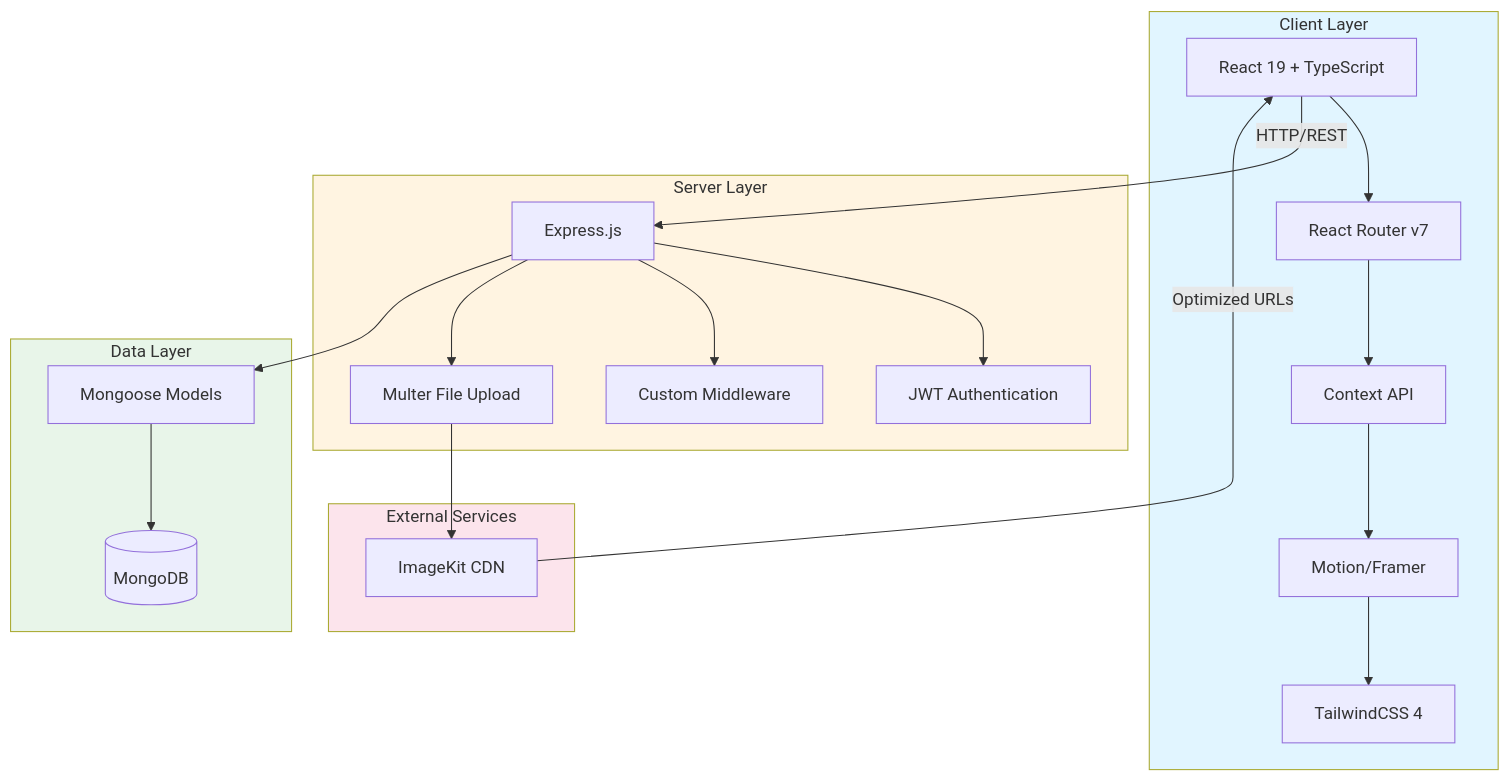
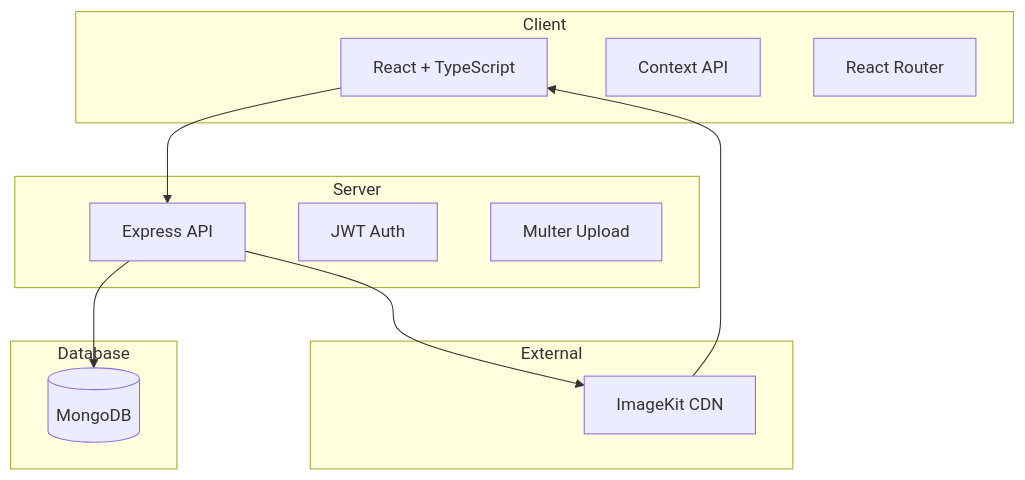
Before and after one commit to VIKRAMANR7/SmartWheelz: the first of 3 diagrams in README.md, drawn with Mermaid. The commit also changed other lines of this file and 46 other files, not shown here.

Commit message:
refactor: apply TypeScript best practices and standardize codebase

````diff
--- a/README.md
+++ b/README.md
@@ -71,47 +29,27 @@
 ```mermaid
-graph TB
-    subgraph Client["Client Layer"]
-        UI[React 19 + TypeScript]
-        Router[React Router v7]
-        State[Context API]
-        Anim[Motion/Framer]
-        Style[TailwindCSS 4]
+flowchart TB
+    subgraph Client
+        React[React + TypeScript]
+        Context[Context API]
+        Router[React Router]
     end
 
-    subgraph Server["Server Layer"]
-        API[Express.js]
-        Auth[JWT Authentication]
-        Middleware[Custom Middleware]
-        Upload[Multer File Upload]
+    subgraph Server
+        Express[Express API]
+        JWT[JWT Auth]
+        Multer[Multer Upload]
     end
 
-    subgraph Database["Data Layer"]
-        Mongo[(MongoDB)]
-        Models[Mongoose Models]
+    subgraph Database
+        MongoDB[(MongoDB)]
     end
 
-    subgraph External["External Services"]
+    subgraph External
         ImageKit[ImageKit CDN]
     end
 
-    UI --> Router
-    Router --> State
-    State --> Anim
-    Anim --> Style
-
-    UI -->|HTTP/REST| API
-    API --> Auth
-    API --> Middleware
-    API --> Upload
-
-    API --> Models
-    Models --> Mongo
-
-    Upload --> ImageKit
-    ImageKit -->|Optimized URLs| UI
-
-    style Client fill:#e1f5ff
-    style Server fill:#fff4e1
-    style Database fill:#e8f5e9
-    style External fill:#fce4ec
+    React --> Express
+    Express --> MongoDB
+    Express --> ImageKit
+    ImageKit --> React
 ```
````
